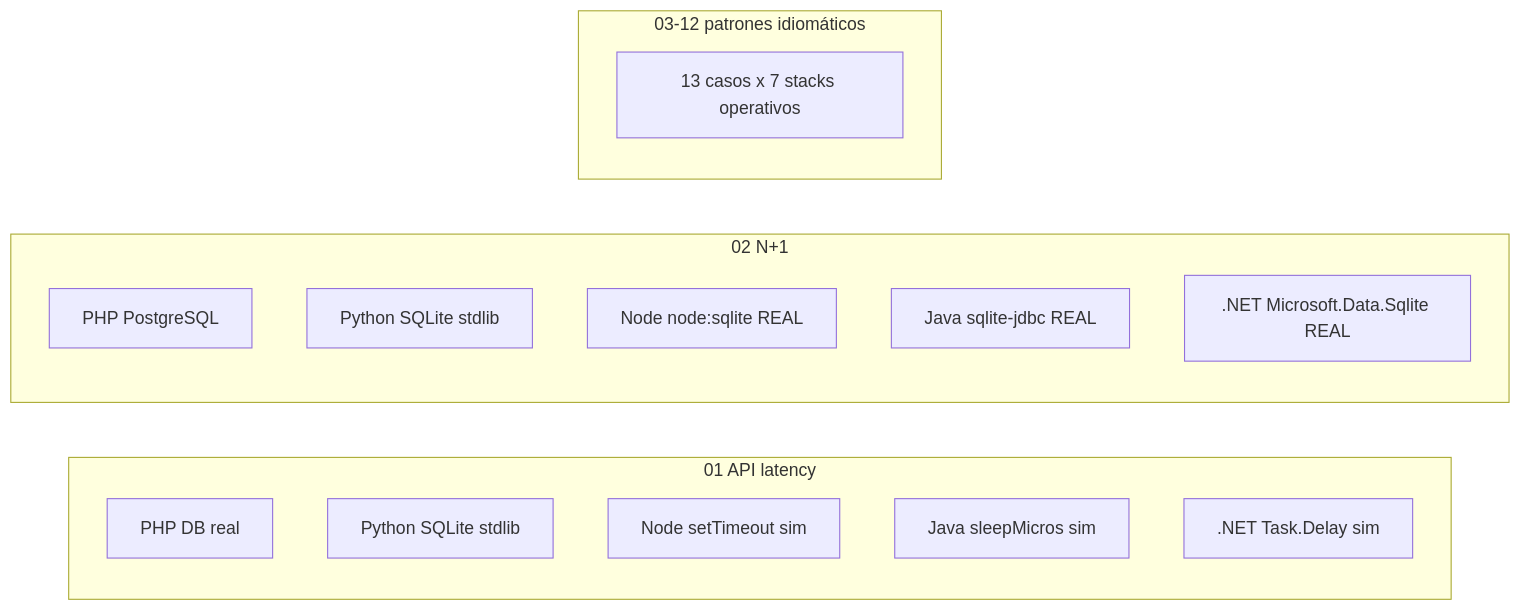
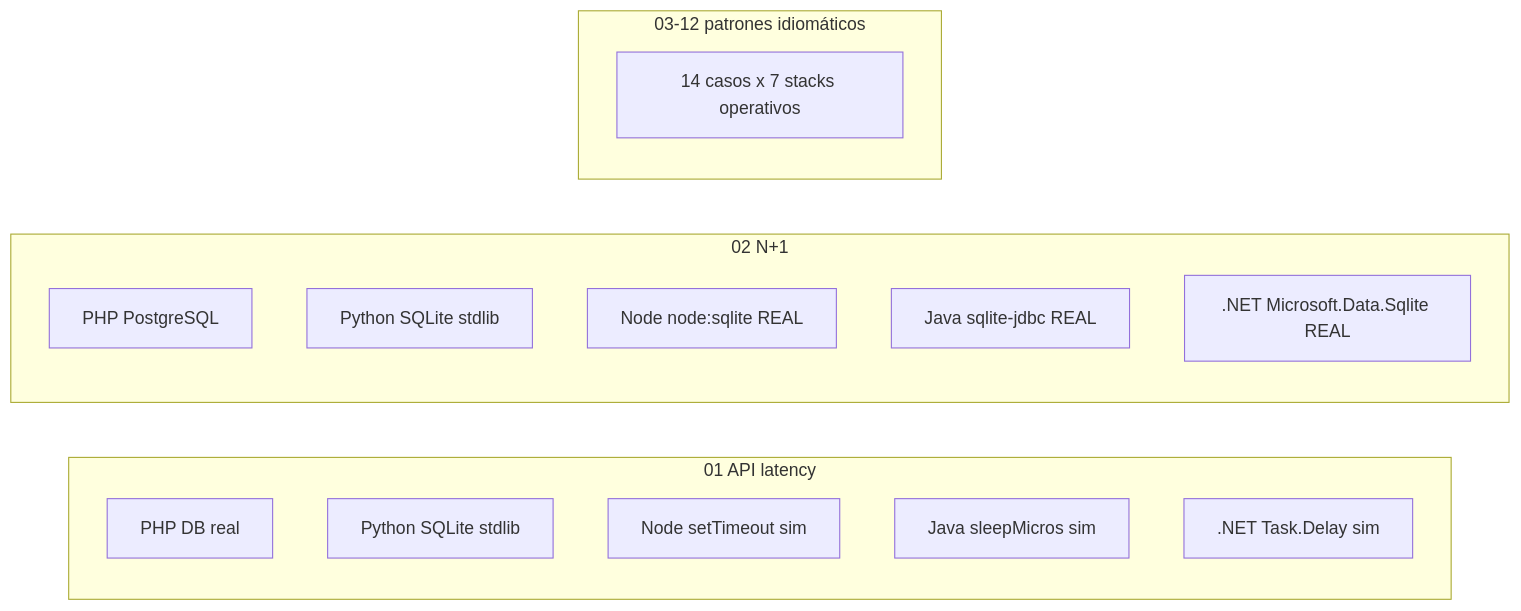
One commit to vladimiracunadev-create/problem-driven-systems-lab changed the fourth of 5 diagrams in ARCHITECTURE.md. Above: the diagram before and after it, drawn with Mermaid. The commit also changed other lines of this file and 102 other files, not shown here.

````diff
--- a/ARCHITECTURE.md
+++ b/ARCHITECTURE.md
@@ -217,22 +217,22 @@
 ```mermaid
 graph LR
     subgraph C01[01 API latency]
         C01_PHP[PHP DB real]
         C01_PY[Python SQLite stdlib]
         C01_NODE[Node setTimeout sim]
         C01_JAVA[Java sleepMicros sim]
         C01_NET[.NET Task.Delay sim]
     end
 
     subgraph C02[02 N+1]
         C02_PHP[PHP PostgreSQL]
         C02_PY[Python SQLite stdlib]
         C02_NODE[Node node:sqlite REAL]
         C02_JAVA[Java sqlite-jdbc REAL]
         C02_NET[.NET Microsoft.Data.Sqlite REAL]
     end
 
     subgraph C03_12[03-12 patrones idiomáticos]
-        OTHER[13 casos x 7 stacks operativos]
+        OTHER[14 casos x 7 stacks operativos]
     end
 ```
````
